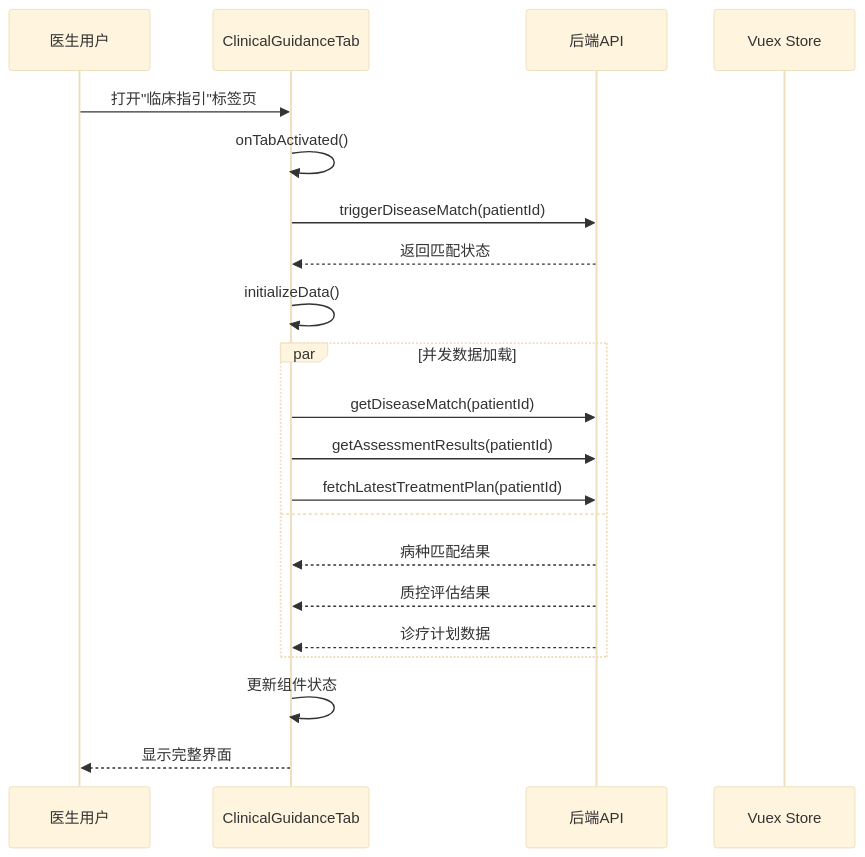
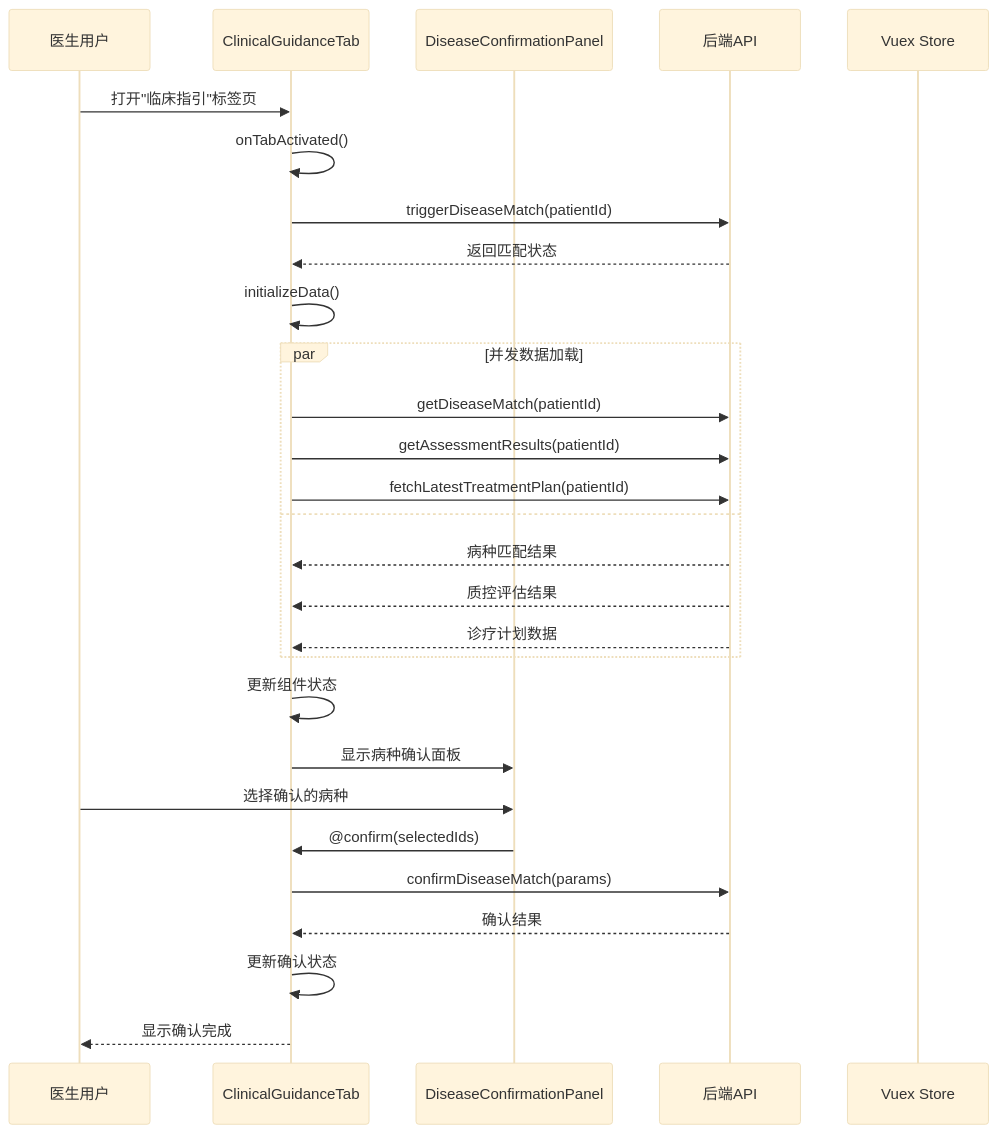
The third of 10 diagrams in .qoder/repowiki/zh/content/临床指引Tab.md (liuzh2008/med_ai_assistant_workspace), drawn with Mermaid (base theme) before and after one commit. The commit also changed other lines of this file and 5 other files, not shown here.

````diff
--- a/.qoder/repowiki/zh/content/临床指引Tab.md
+++ b/.qoder/repowiki/zh/content/临床指引Tab.md
@@ -152,23 +197,30 @@
 ```mermaid
 sequenceDiagram
 participant User as 医生用户
 participant Tab as ClinicalGuidanceTab
+participant Panel as DiseaseConfirmationPanel
 participant API as 后端API
 participant Store as Vuex Store
 User->>Tab : 打开"临床指引"标签页
 Tab->>Tab : onTabActivated()
 Tab->>API : triggerDiseaseMatch(patientId)
 API-->>Tab : 返回匹配状态
 Tab->>Tab : initializeData()
 par 并发数据加载
 Tab->>API : getDiseaseMatch(patientId)
 Tab->>API : getAssessmentResults(patientId)
 Tab->>API : fetchLatestTreatmentPlan(patientId)
 and
 API-->>Tab : 病种匹配结果
 API-->>Tab : 质控评估结果
 API-->>Tab : 诊疗计划数据
 end
 Tab->>Tab : 更新组件状态
-Tab-->>User : 显示完整界面
+Tab->>Panel : 显示病种确认面板
+User->>Panel : 选择确认的病种
+Panel->>Tab : @confirm(selectedIds)
+Tab->>API : confirmDiseaseMatch(params)
+API-->>Tab : 确认结果
+Tab->>Tab : 更新确认状态
+Tab-->>User : 显示确认完成
 ```
````
